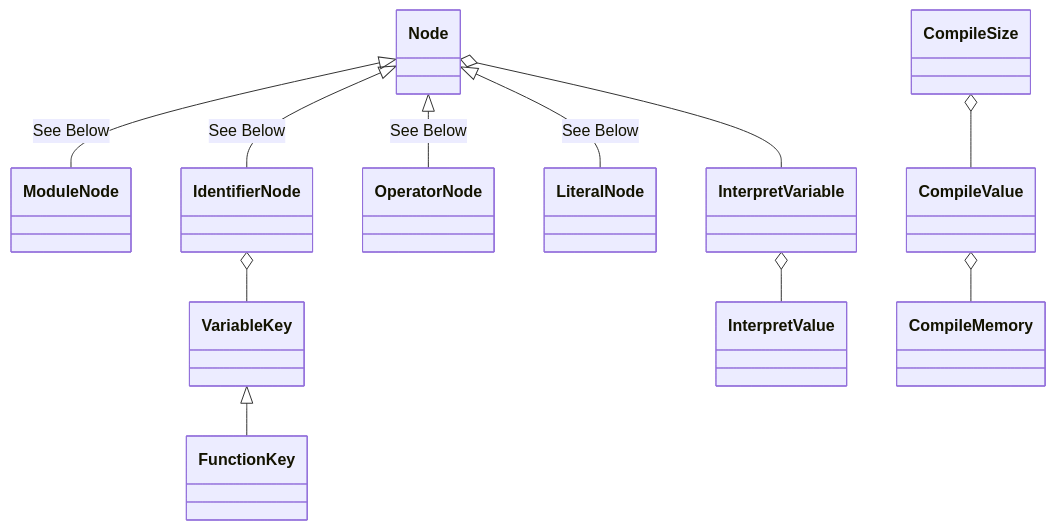
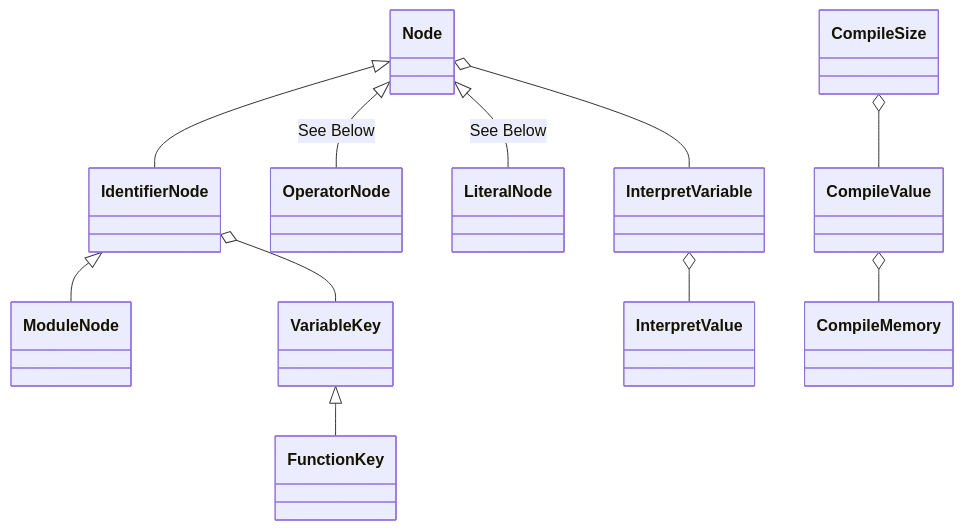
The first of 4 diagrams in README.md (Jzhyang1/Monomer), drawn with Mermaid before and after one commit. The commit also changed other lines of this file, not shown here.

Commit message:
README.md updated from https://stackedit.io/

````diff
--- a/README.md
+++ b/README.md
@@ -239,13 +239,15 @@
 ```mermaid
 classDiagram
-Node <|-- ModuleNode: See Below
-Node <|-- IdentifierNode: See Below
+Node <|-- IdentifierNode
 Node <|-- OperatorNode: See Below
 Node <|-- LiteralNode: See Below
+Node o-- InterpretVariable
+
+IdentifierNode <|-- ModuleNode
+IdentifierNode o-- VariableKey
+
 VariableKey <|-- FunctionKey
-IdentifierNode o-- VariableKey
-Node o-- InterpretVariable
 InterpretVariable o-- InterpretValue
 CompileSize o-- CompileValue
 CompileValue o-- CompileMemory
 ```
````
